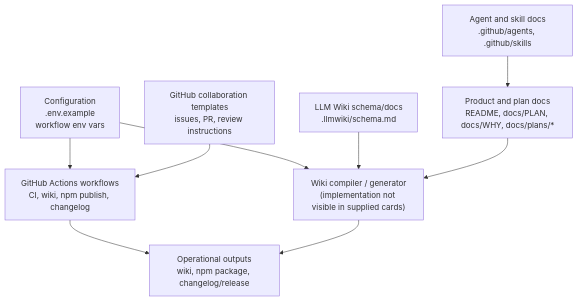
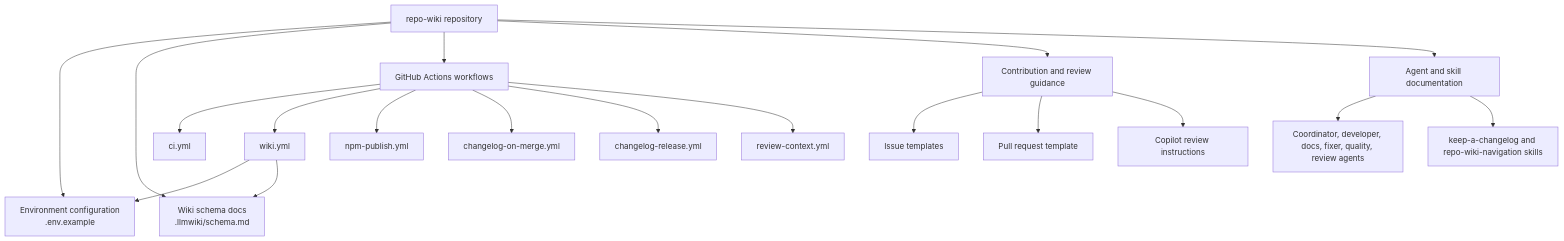
Before and after one commit to mfittko/repo-wiki: the second of 4 diagrams in Architecture.md, drawn with Mermaid. The commit also changed other lines of this file and 49 other files, not shown here.

Commit message:
Compile repository wiki 2026-06-14T00:53:50.105Z

````diff
--- a/Architecture.md
+++ b/Architecture.md
@@ -191,20 +130,27 @@
 ```mermaid
 flowchart TB
-    Config["Configuration<br/>.env.example<br/>workflow env vars"]
-    Workflows["GitHub Actions workflows<br/>CI, wiki, npm publish, changelog"]
-    WikiCompiler["Wiki compiler / generator<br/>(implementation not visible in supplied cards)"]
-    Schema["LLM Wiki schema/docs<br/>.llmwiki/schema.md"]
-    Docs["Product and plan docs<br/>README, docs/PLAN, docs/WHY, docs/plans/*"]
-    Agents["Agent and skill docs<br/>.github/agents, .github/skills"]
-    Collaboration["GitHub collaboration templates<br/>issues, PR, review instructions"]
-    Outputs["Operational outputs<br/>wiki, npm package, changelog/release"]
+  Repo[repo-wiki repository]
 
-    Config --> Workflows
-    Config --> WikiCompiler
-    Schema --> WikiCompiler
-    Docs --> WikiCompiler
-    Agents --> Docs
-    Collaboration --> Workflows
-    Workflows --> Outputs
-    WikiCompiler --> Outputs
+  Repo --> EnvConfig[Environment configuration<br/>.env.example]
+  Repo --> LlmWikiSchema[Wiki schema docs<br/>.llmwiki/schema.md]
+  Repo --> Workflows[GitHub Actions workflows]
+  Repo --> ContributionGuidance[Contribution and review guidance]
+  Repo --> AgentSkillDocs[Agent and skill documentation]
+
+  Workflows --> CI[ci.yml]
+  Workflows --> WikiWorkflow[wiki.yml]
+  Workflows --> NpmPublish[npm-publish.yml]
+  Workflows --> ChangelogMerge[changelog-on-merge.yml]
+  Workflows --> ChangelogRelease[changelog-release.yml]
+  Workflows --> ReviewContext[review-context.yml]
+
+  ContributionGuidance --> IssueTemplates[Issue templates]
+  ContributionGuidance --> PRTemplate[Pull request template]
+  ContributionGuidance --> CopilotInstructions[Copilot review instructions]
+
+  AgentSkillDocs --> AgentRoles[Coordinator, developer, docs, fixer, quality, review agents]
+  AgentSkillDocs --> Skills[keep-a-changelog and repo-wiki-navigation skills]
+
+  WikiWorkflow --> EnvConfig
+  WikiWorkflow --> LlmWikiSchema
 ```
````
